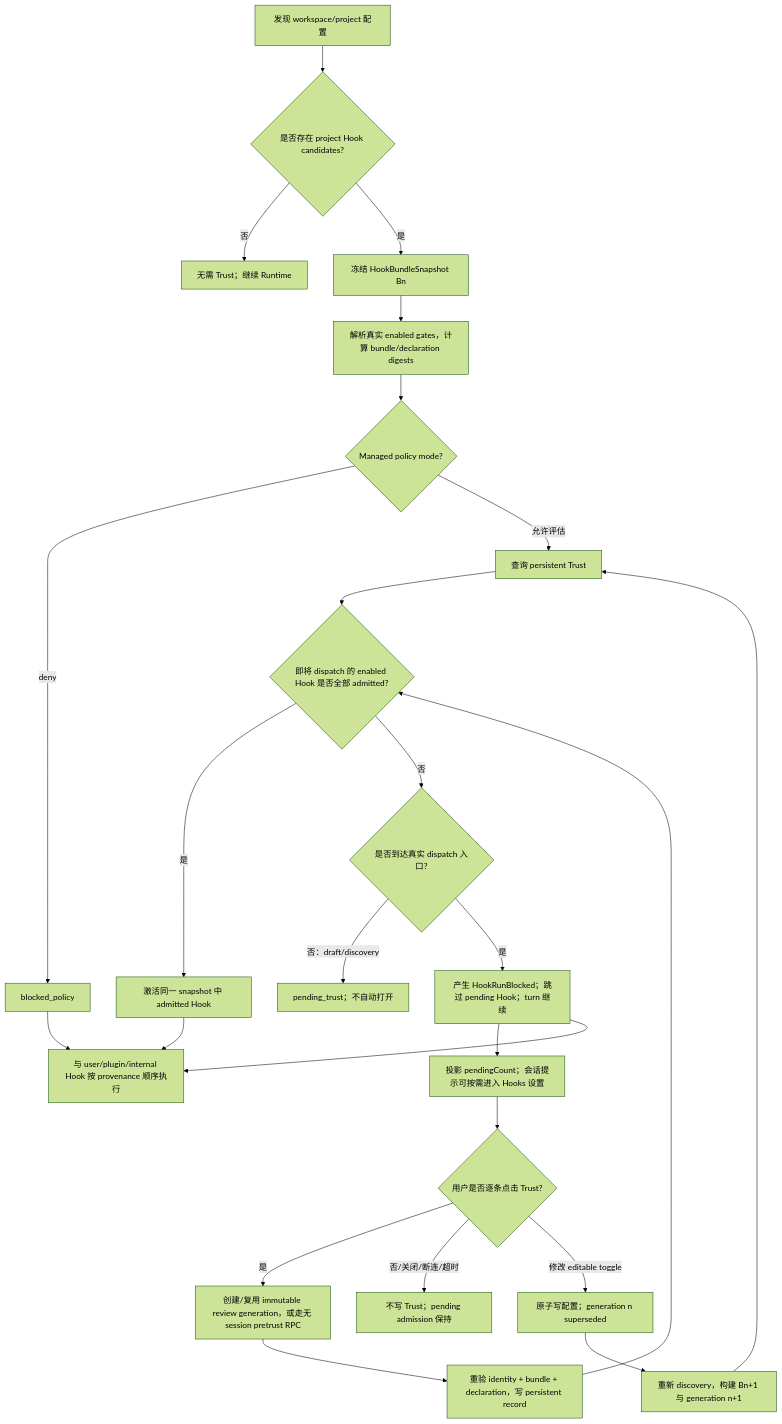
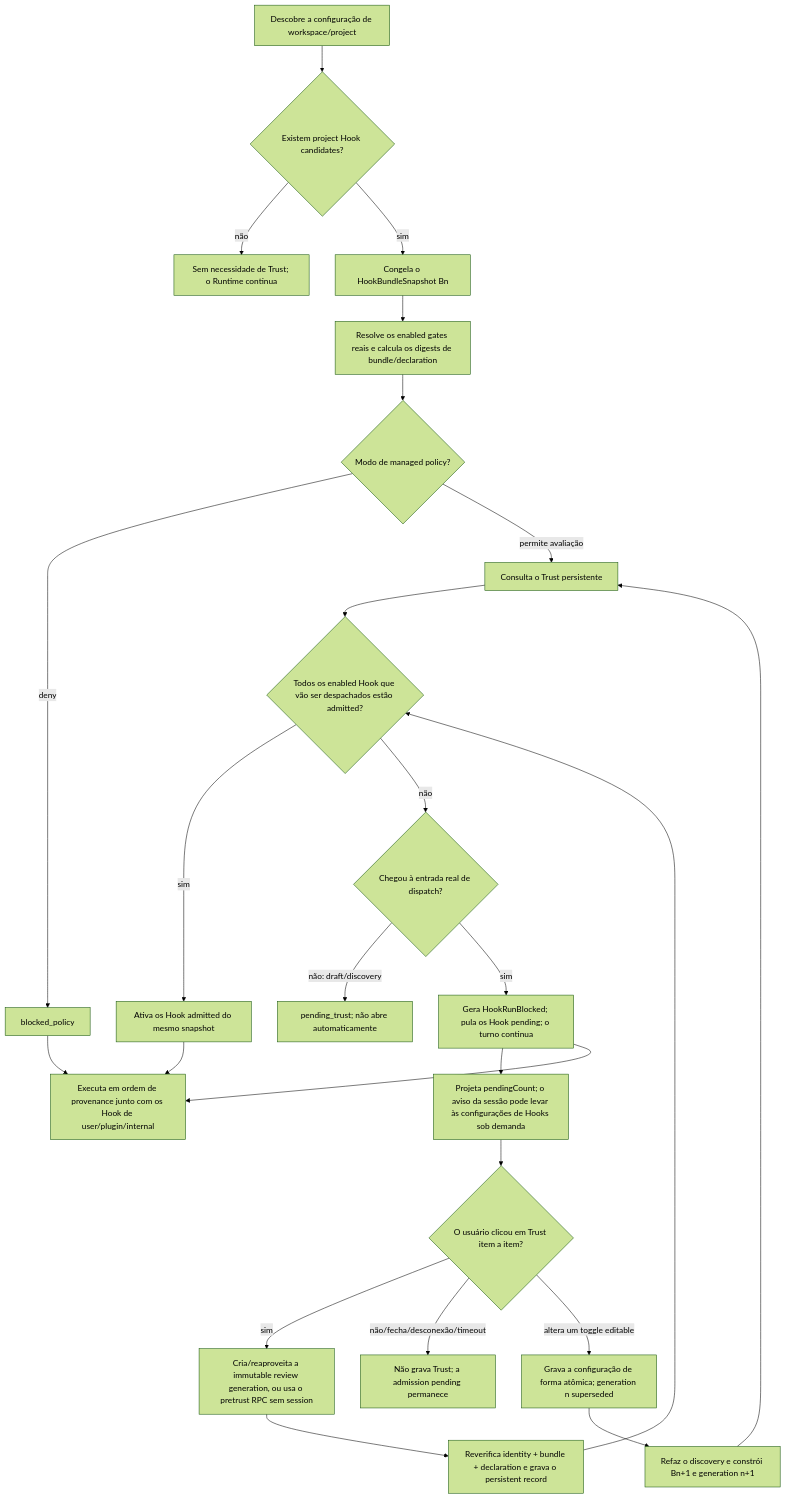
One commit to JoaoNetoDev/BR-Code changed the first of 2 diagrams in docs/specs/workspace-hook-trust.md. Above: the diagram before and after it, drawn with Mermaid (forest theme). The commit also changed 14 other files, not shown here.

First line of the commit message:
docs: traduz rótulos de diagramas ASCII e mermaid para português

````diff
--- a/docs/specs/workspace-hook-trust.md
+++ b/docs/specs/workspace-hook-trust.md
@@ -292,27 +292,27 @@
 ```mermaid
 flowchart TD
-    A["发现 workspace/project 配置"] --> B{"是否存在 project Hook candidates?"}
-    B -- "否" --> N["无需 Trust；继续 Runtime"]
-    B -- "是" --> C["冻结 HookBundleSnapshot Bn"]
-    C --> D["解析真实 enabled gates，计算 bundle/declaration digests"]
-    D --> E{"Managed policy mode?"}
+    A["Descobre a configuração de workspace/project"] --> B{"Existem project Hook candidates?"}
+    B -- "não" --> N["Sem necessidade de Trust; o Runtime continua"]
+    B -- "sim" --> C["Congela o HookBundleSnapshot Bn"]
+    C --> D["Resolve os enabled gates reais e calcula os digests de bundle/declaration"]
+    D --> E{"Modo de managed policy?"}
     E -- "deny" --> P["blocked_policy"]
-    E -- "允许评估" --> F["查询 persistent Trust"]
-    F --> G{"即将 dispatch 的 enabled Hook 是否全部 admitted?"}
-    G -- "是" --> R["激活同一 snapshot 中 admitted Hook"]
-    G -- "否" --> H{"是否到达真实 dispatch 入口?"}
-    H -- "否：draft/discovery" --> W["pending_trust；不自动打开"]
-    H -- "是" --> Q["产生 HookRunBlocked；跳过 pending Hook；turn 继续"]
-    Q --> K["投影 pendingCount；会话提示可按需进入 Hooks 设置"]
-    K --> L{"用户是否逐条点击 Trust?"}
-    L -- "是" --> J["创建/复用 immutable review generation，或走无 session pretrust RPC"]
-    J --> M["重验 identity + bundle + declaration，写 persistent record"]
-    L -- "否/关闭/断连/超时" --> V["不写 Trust；pending admission 保持"]
-    L -- "修改 editable toggle" --> U["原子写配置；generation n superseded"]
-    U --> C2["重新 discovery，构建 Bn+1 与 generation n+1"]
+    E -- "permite avaliação" --> F["Consulta o Trust persistente"]
+    F --> G{"Todos os enabled Hook que vão ser despachados estão admitted?"}
+    G -- "sim" --> R["Ativa os Hook admitted do mesmo snapshot"]
+    G -- "não" --> H{"Chegou à entrada real de dispatch?"}
+    H -- "não: draft/discovery" --> W["pending_trust; não abre automaticamente"]
+    H -- "sim" --> Q["Gera HookRunBlocked; pula os Hook pending; o turno continua"]
+    Q --> K["Projeta pendingCount; o aviso da sessão pode levar às configurações de Hooks sob demanda"]
+    K --> L{"O usuário clicou em Trust item a item?"}
+    L -- "sim" --> J["Cria/reaproveita a immutable review generation, ou usa o pretrust RPC sem session"]
+    J --> M["Reverifica identity + bundle + declaration e grava o persistent record"]
+    L -- "não/fecha/desconexão/timeout" --> V["Não grava Trust; a admission pending permanece"]
+    L -- "altera um toggle editable" --> U["Grava a configuração de forma atômica; generation n superseded"]
+    U --> C2["Refaz o discovery e constrói Bn+1 e generation n+1"]
     C2 --> F
     M --> G
-    R --> Z["与 user/plugin/internal Hook 按 provenance 顺序执行"]
+    R --> Z["Executa em ordem de provenance junto com os Hook de user/plugin/internal"]
     P --> Z
     Q --> Z
 ```
````
